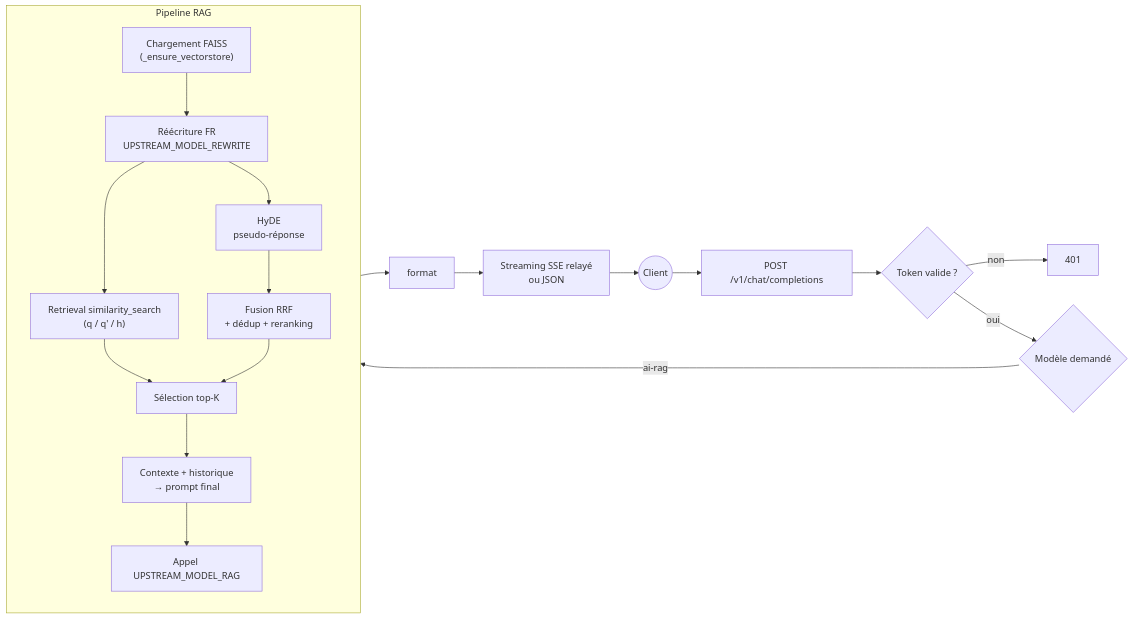
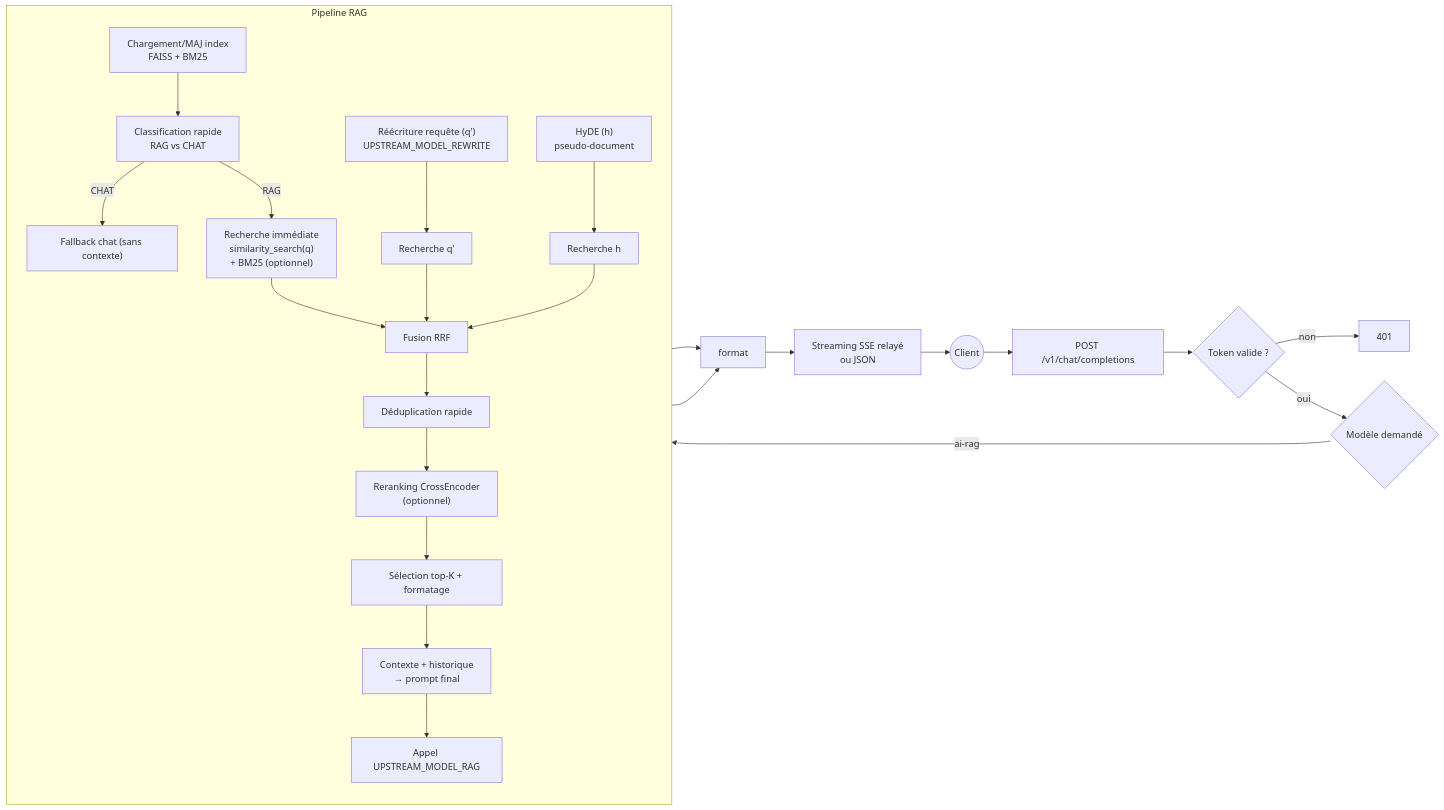
One commit to ynotopec/api-rag changed the diagram in README.md. Above: the diagram before and after it, drawn with Mermaid.

Commit message:
Update RAG flow diagram

````diff
--- a/README.md
+++ b/README.md
@@ -40,32 +40,40 @@
 ```mermaid
 flowchart LR
     client((Client)) --> req["POST /v1/chat/completions"]
     req --> auth{Token valide ?}
     auth -->|non| err[401]
     auth -->|oui| dispatch{Modèle demandé}
 
     subgraph rag[Pipeline RAG]
         direction TB
-        ensure["Chargement FAISS<br/>(_ensure_vectorstore)"]
-        rewrite["Réécriture FR<br/>UPSTREAM_MODEL_REWRITE"]
-        hyde["HyDE<br/>pseudo-réponse"]
-        retriever_mmr["Retrieval similarity_search<br/>(q / q' / h)"]
-        retriever_thresh["Fusion RRF<br/>+ dédup + reranking"]
-        dedup["Sélection top‑K"]
+        ensure["Chargement/MAJ index<br/>FAISS + BM25"]
+        classify["Classification rapide<br/>RAG vs CHAT"]
+        original["Recherche immédiate<br/>similarity_search(q)<br/>+ BM25 (optionnel)"]
+        rewrite["Réécriture requête (q')<br/>UPSTREAM_MODEL_REWRITE"]
+        hyde["HyDE (h)<br/>pseudo-document"]
+        search_rewrite["Recherche q'"]
+        search_hyde["Recherche h"]
+        fusion["Fusion RRF"]
+        dedup["Déduplication rapide"]
+        rerank["Reranking CrossEncoder<br/>(optionnel)"]
+        topk["Sélection top‑K + formatage"]
         prompt["Contexte + historique<br/>→ prompt final"]
         rag_call["Appel UPSTREAM_MODEL_RAG"]
-        ensure --> rewrite
-        rewrite --> retriever_mmr
-        rewrite --> hyde
-        hyde --> retriever_thresh
-        retriever_mmr --> dedup
-        retriever_thresh --> dedup
-        dedup --> prompt
-        prompt --> rag_call
+        fallback["Fallback chat (sans contexte)"]
+        ensure --> classify
+        classify -->|CHAT| fallback
+        classify -->|RAG| original
+        original --> fusion
+        rewrite --> search_rewrite
+        hyde --> search_hyde
+        search_rewrite --> fusion
+        search_hyde --> fusion
+        fusion --> dedup --> rerank --> topk --> prompt --> rag_call
     end
 
     dispatch -->|ai-rag| ensure
     rag_call --> format
+    fallback --> format
     format --> stream["Streaming SSE relayé<br/>ou JSON"]
     stream --> client
 ```
````
